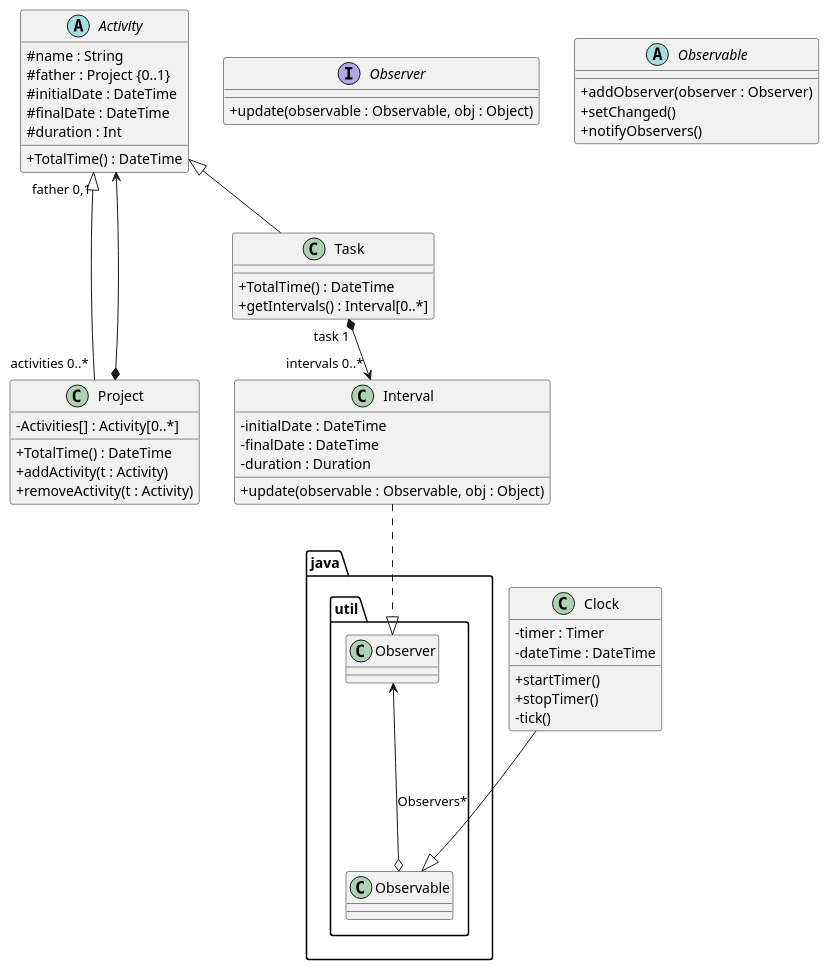
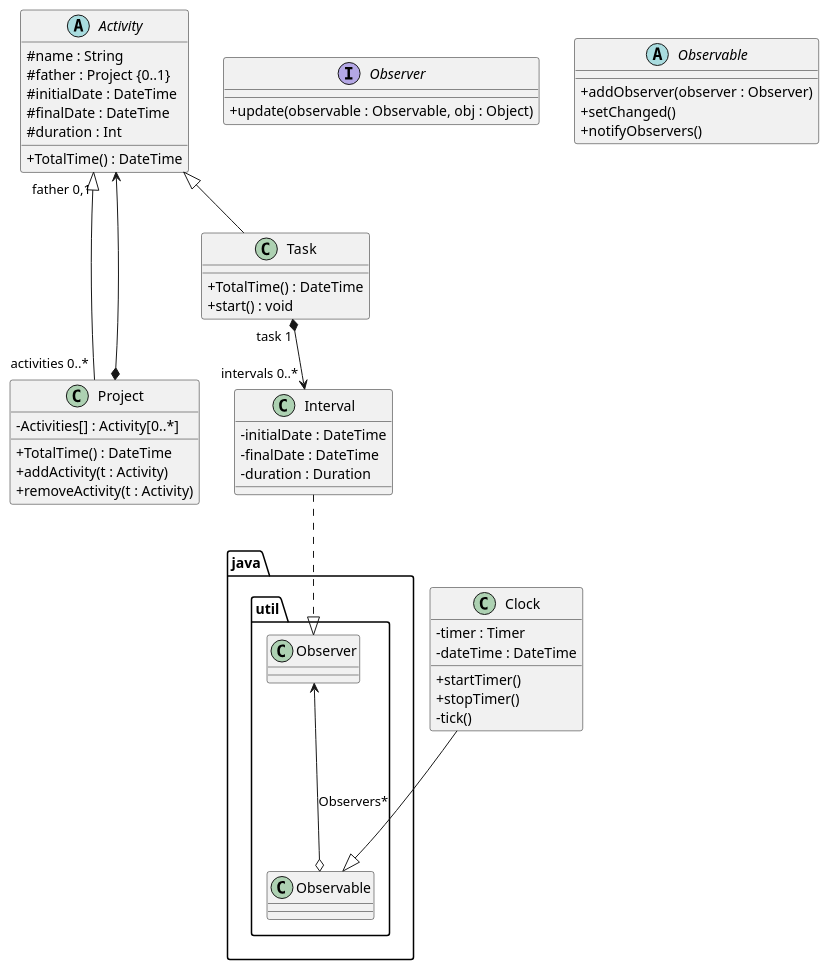
Before and after one commit to Jhonatanqt11/DS_proyecto: the diagram in TimeTracker/src/TimeTracker.puml, drawn with PlantUML. The commit also changed 7 other files, not shown here.

```diff
--- a/TimeTracker/src/TimeTracker.puml
+++ b/TimeTracker/src/TimeTracker.puml
@@ -1,63 +1,61 @@
 @startuml
 'https://plantuml.com/class-diagram
 
 skinparam classAttributeIconSize 0
 
 Project"activities 0..*"-up-|>"father 0,1"Activity
 Task -up-|>Activity
 Project*--->Activity
 Task"task 1"*-->"intervals 0..*"Interval
 
 package java.util{
 Observable o--up->Observer : Observers*
 }
 Clock---|>Observable
 Interval..|>Observer
 
 Interface Observer{
     +update(observable : Observable, obj : Object)
 }
 Abstract Observable{
     +addObserver(observer : Observer)
     +setChanged()
     +notifyObservers()
 
 }
 class Project {
     -Activities[] : Activity[0..*]
 
     +TotalTime() : DateTime
     +addActivity(t : Activity)
     +removeActivity(t : Activity)
 }
 class Task{
     +TotalTime() : DateTime
-    +getIntervals() : Interval[0..*]
+    +start() : void
 }
 
 abstract Activity{
     #name : String
     #father : Project {0..1}
     #initialDate : DateTime
     #finalDate : DateTime
     #duration : Int
 
     +TotalTime() : DateTime
 }
 class Interval{
     -initialDate : DateTime
     -finalDate : DateTime
     -duration : Duration
-
-    +update(observable : Observable, obj : Object)
 }
 class Clock{
     -timer : Timer
     -dateTime : DateTime
     +startTimer()
     +stopTimer()
     -tick()
 }
 
 
 @enduml
```
